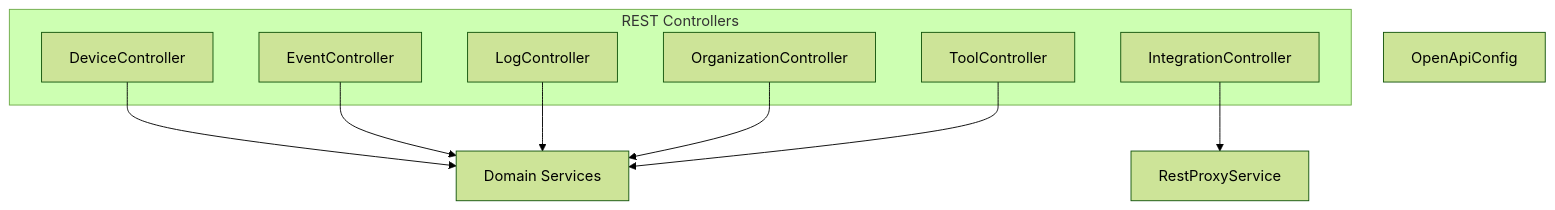
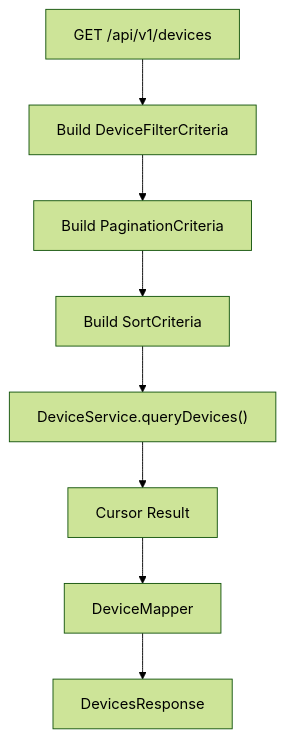
One commit to Praesto-Pro/openframe-oss-tenant changed the diagram in docs/architecture/diagrams/external-api-service-core-2.mmd. Above: the diagram before and after it, drawn with Mermaid (forest theme). The commit also changed 149 other files, not shown here.

```diff
--- a/docs/architecture/diagrams/external-api-service-core-2.mmd
+++ b/docs/architecture/diagrams/external-api-service-core-2.mmd
@@ -1,19 +1,8 @@
 flowchart TD
-    OpenApiConfig["OpenApiConfig"]
-
-    subgraph controllers["REST Controllers"]
-        DeviceController
-        EventController
-        LogController
-        OrganizationController
-        ToolController
-        IntegrationController
-    end
-
-    IntegrationController --> RestProxyService["RestProxyService"]
-
-    DeviceController --> ApiServices["Domain Services"]
-    EventController --> ApiServices
-    LogController --> ApiServices
-    OrganizationController --> ApiServices
-    ToolController --> ApiServices
+    Request["GET /api/v1/devices"] --> BuildFilter["Build DeviceFilterCriteria"]
+    BuildFilter --> BuildPagination["Build PaginationCriteria"]
+    BuildPagination --> BuildSort["Build SortCriteria"]
+    BuildSort --> Service["DeviceService.queryDevices()"]
+    Service --> Result["Cursor Result"]
+    Result --> Mapper["DeviceMapper"]
+    Mapper --> Response["DevicesResponse"]
```
